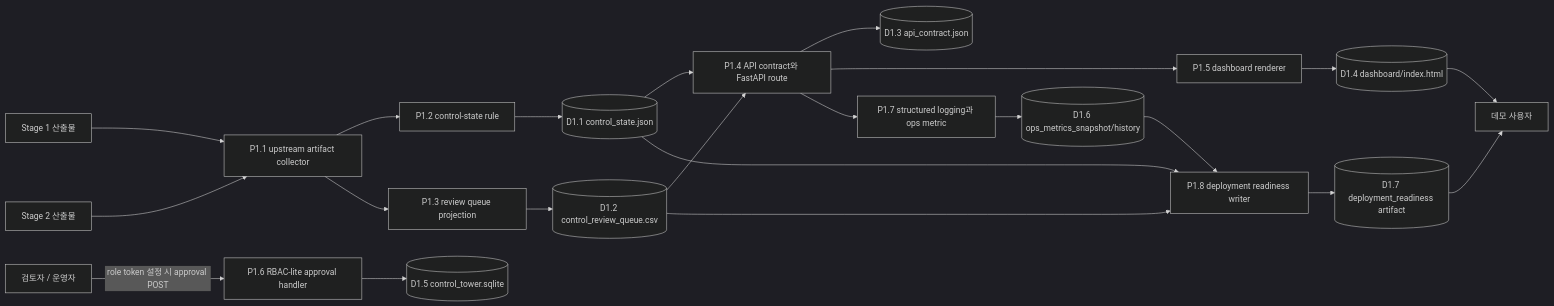
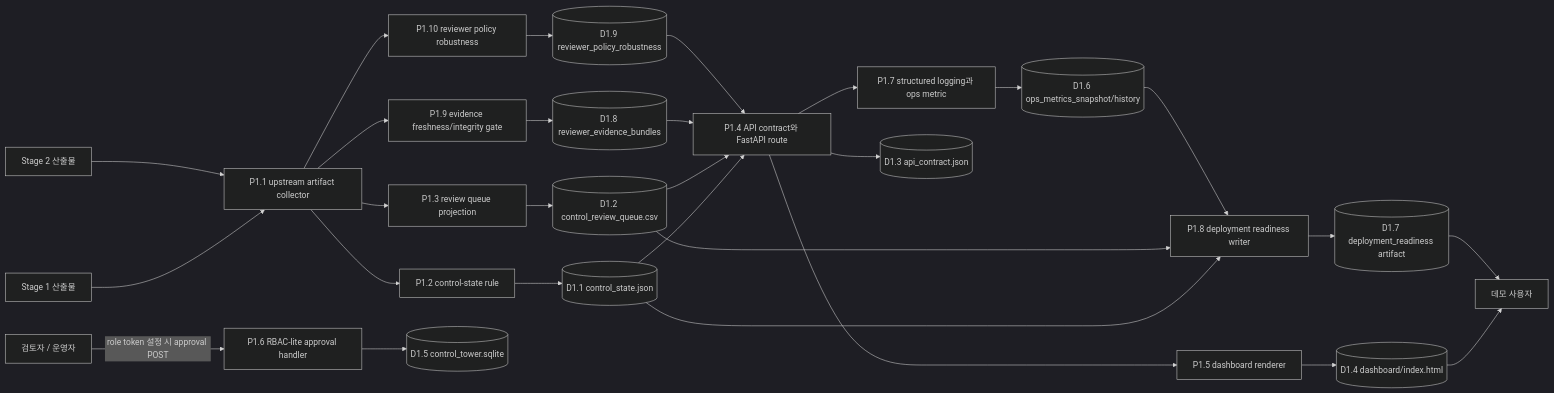
The second of 2 diagrams in docs/data_flow_diagram.md (zodia8393/decisionops-control-tower), drawn with Mermaid (dark theme) before and after one commit. The commit also changed other lines of this file and 36 other files, not shown here.

````diff
--- a/docs/data_flow_diagram.md
+++ b/docs/data_flow_diagram.md
@@ -38,39 +38,47 @@
 ```mermaid
 flowchart LR
     P11["P1.1 upstream artifact collector"]
     P12["P1.2 control-state rule"]
     P13["P1.3 review queue projection"]
     P14["P1.4 API contract와 FastAPI route"]
     P15["P1.5 dashboard renderer"]
     P16["P1.6 RBAC-lite approval handler"]
     P17["P1.7 structured logging과 ops metric"]
     P18["P1.8 deployment readiness writer"]
+    P19["P1.9 evidence freshness/integrity gate"]
+    P20["P1.10 reviewer policy robustness"]
 
     D11[("D1.1 control_state.json")]
     D12[("D1.2 control_review_queue.csv")]
     D13[("D1.3 api_contract.json")]
     D14[("D1.4 dashboard/index.html")]
     D15[("D1.5 control_tower.sqlite")]
     D16[("D1.6 ops_metrics_snapshot/history")]
     D17[("D1.7 deployment_readiness artifact")]
+    D18[("D1.8 reviewer_evidence_bundles")]
+    D19[("D1.9 reviewer_policy_robustness")]
 
     E11["Stage 1 산출물"]
     E12["Stage 2 산출물"]
     E13["검토자 / 운영자"]
     E14["데모 사용자"]
 
     E11 --> P11
     E12 --> P11
     P11 --> P12 --> D11
     P11 --> P13 --> D12
     D11 --> P14 --> D13
     D12 --> P14
     P14 --> P15 --> D14
     E13 -->|"role token 설정 시 approval POST"| P16 --> D15
     P14 --> P17 --> D16
     D11 --> P18
     D12 --> P18
     D16 --> P18 --> D17
+    P11 --> P19 --> D18
+    P11 --> P20 --> D19
+    D18 --> P14
+    D19 --> P14
     D14 --> E14
     D17 --> E14
 ```
````
